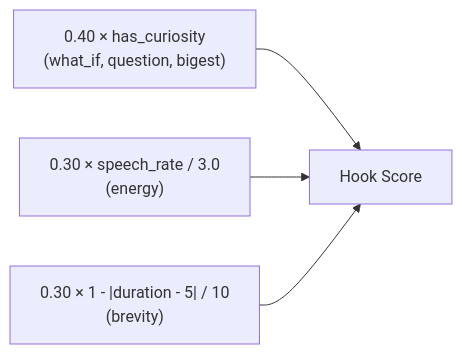
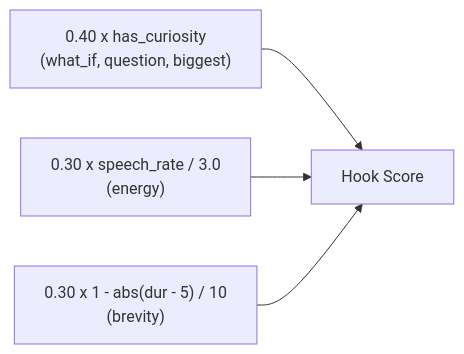
Before and after one commit to samm329-ui/Trimora: diagram 20 of 24 in README.md, drawn with Mermaid. The commit also changed other lines of this file, not shown here.

Commit message:
docs: comprehensive README with Mermaid diagrams for the engine pipeline

````diff
--- a/README.md
+++ b/README.md
@@ -667,7 +694,9 @@
 ```mermaid
 flowchart LR
-    H1["0.40 × has_curiosity<br/>(what_if, question, bigest)"]
-    H2["0.30 × speech_rate / 3.0<br/>(energy)"]
-    H3["0.30 × 1 - |duration - 5| / 10<br/>(brevity)"]
-    H1 & H2 & H3 --> H_TOTAL["Hook Score"]
+    H1["0.40 x has_curiosity<br/>(what_if, question, biggest)"]
+    H2["0.30 x speech_rate / 3.0<br/>(energy)"]
+    H3["0.30 x 1 - abs(dur - 5) / 10<br/>(brevity)"]
+    H1 --> H_TOTAL["Hook Score"]
+    H2 --> H_TOTAL
+    H3 --> H_TOTAL
 ```
````
